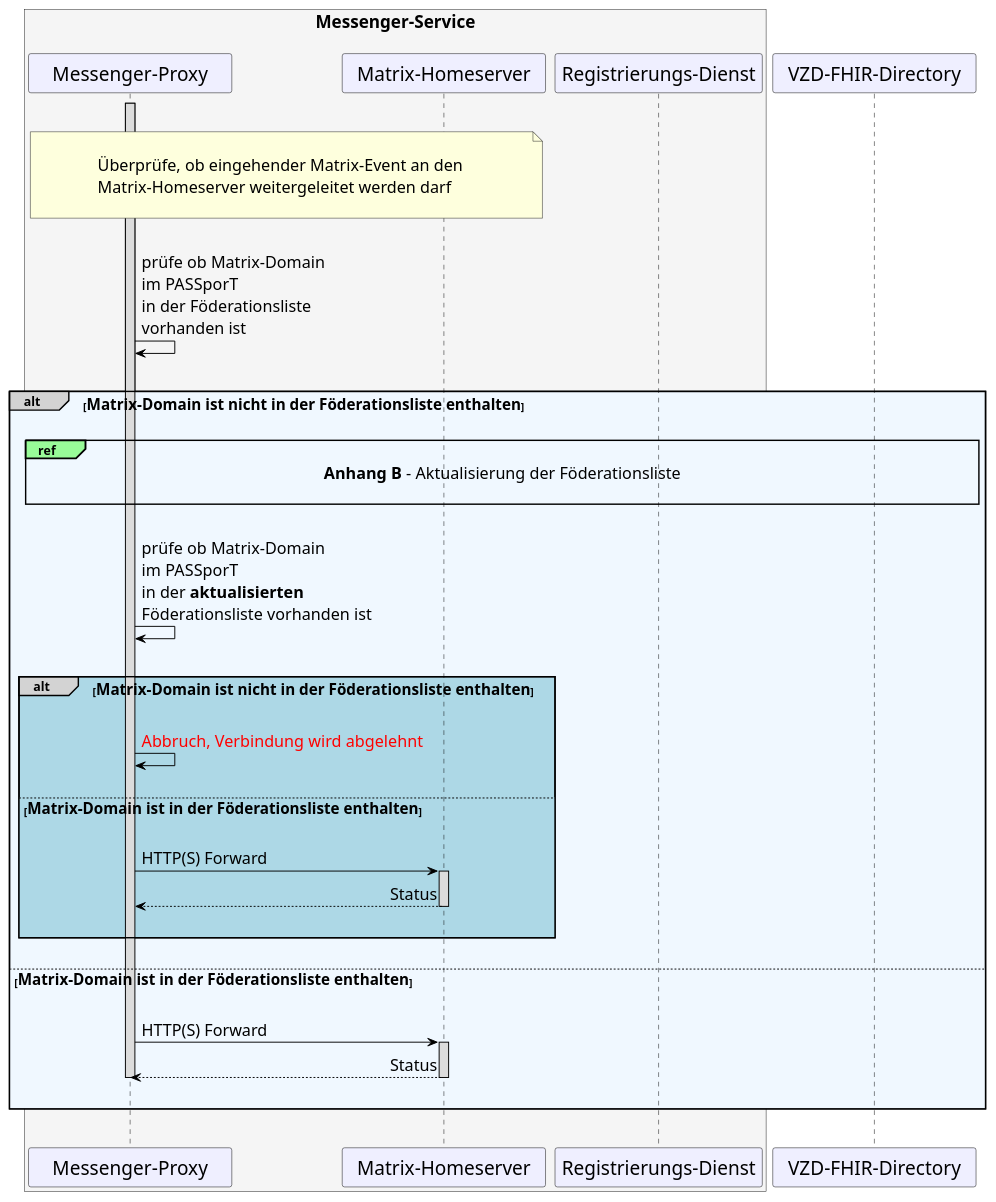
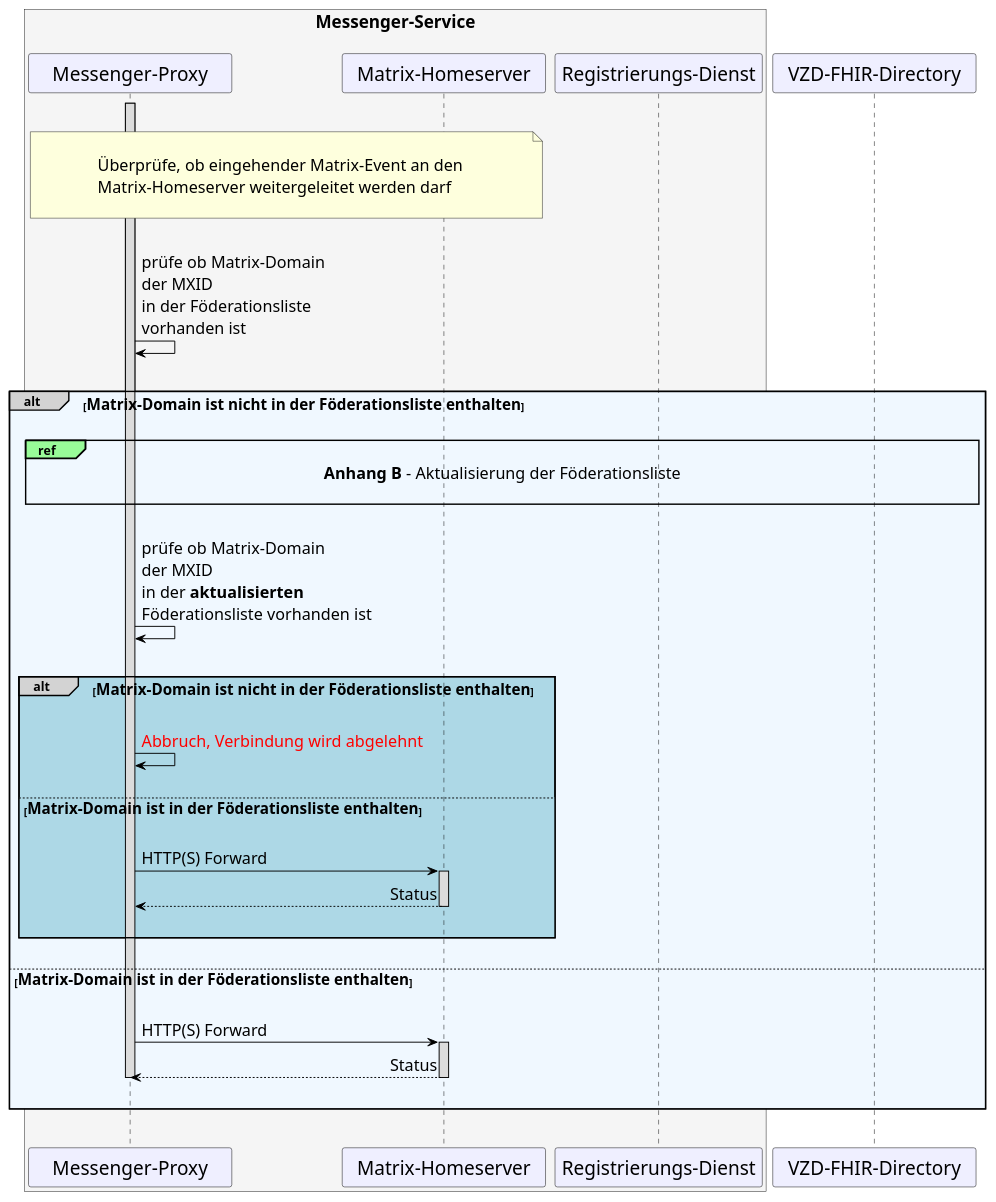
One commit to gematik/api-ti-messenger changed the diagram in src/plantuml/TI-Messenger-Dienst/Ressourcen/UC_10064_Seq.puml. Above: the diagram before and after it, drawn with PlantUML.

```diff
--- a/src/plantuml/TI-Messenger-Dienst/Ressourcen/UC_10064_Seq.puml
+++ b/src/plantuml/TI-Messenger-Dienst/Ressourcen/UC_10064_Seq.puml
@@ -9,76 +9,76 @@
 @startuml
 skinparam sequenceMessageAlign direction
 skinparam minClassWidth 200
 skinparam BoxPadding 1
 skinparam sequenceReferenceHeaderBackgroundColor palegreen
 scale max 2048 width
 
 skinparam sequence {
 ArrowColor black
 ArrowFontSize 17
 ActorBorderColor black
 LifeLineBorderColor black
 LifeLineBackgroundColor Gainsboro
 
 ParticipantBorderColor Motivation
 ParticipantBackgroundColor Motivation
 ParticipantFontName Impact
 ParticipantFontSize 20
 ParticipantFontColor black
 ParticipantBorderColor Black
 ParticipantBackgroundColor MOTIVATION
 
 ActorBackgroundColor Gainsboro
 ActorFontColor black
 ActorFontSize 20
 ActorFontName Aapex
 }
     box <size:18>Messenger-Service\n#WhiteSmoke
     participant MP as "Messenger-Proxy"
     participant MH as "Matrix-Homeserver"
     participant RD as "Registrierungs-Dienst"
     end box
     participant VZD as "VZD-FHIR-Directory"
 
 |||
 note over MP, MH: \n<size:17>Überprüfe, ob eingehender Matrix-Event an den \n<size:17>Matrix-Homeserver weitergeleitet werden darf</size>\n
 |||
 
     Activate MP
-  MP->MP: prüfe ob Matrix-Domain \nim PASSporT \nin der Föderationsliste \nvorhanden ist
+  MP->MP: prüfe ob Matrix-Domain \nder MXID \nin der Föderationsliste \nvorhanden ist
 
 |||
 alt#LightGrey #AliceBlue <size:16>Matrix-Domain ist nicht in der Föderationsliste enthalten</size>
 |||  
 
   ref over MP, VZD: <size:17>**Anhang B** - Aktualisierung der Föderationsliste</size>\n 
   |||
-  MP->MP: prüfe ob Matrix-Domain \nim PASSporT \nin der **aktualisierten** \nFöderationsliste vorhanden ist
+  MP->MP: prüfe ob Matrix-Domain \nder MXID \nin der **aktualisierten** \nFöderationsliste vorhanden ist
   |||
 
     alt#LightGrey #LightBlue <size:16>Matrix-Domain ist nicht in der Föderationsliste enthalten</size>
       |||
       MP->MP: <font color=red>Abbruch, Verbindung wird abgelehnt</font>
       ||| 
       else <size:16>Matrix-Domain ist in der Föderationsliste enthalten</size>
       |||
          MP->MH: HTTP(S) Forward
           Activate MH
         MH-->MP: Status
           Deactivate MH
       |||
     end
 
   |||
   else <size:16>Matrix-Domain ist in der Föderationsliste enthalten</size>
     ||| 
     MP->MH: HTTP(S) Forward
       Activate MH
     MH-->MP: Status
       Deactivate MH
       Deactivate MP
     ||| 
 
 end
 |||
 @enduml
```
